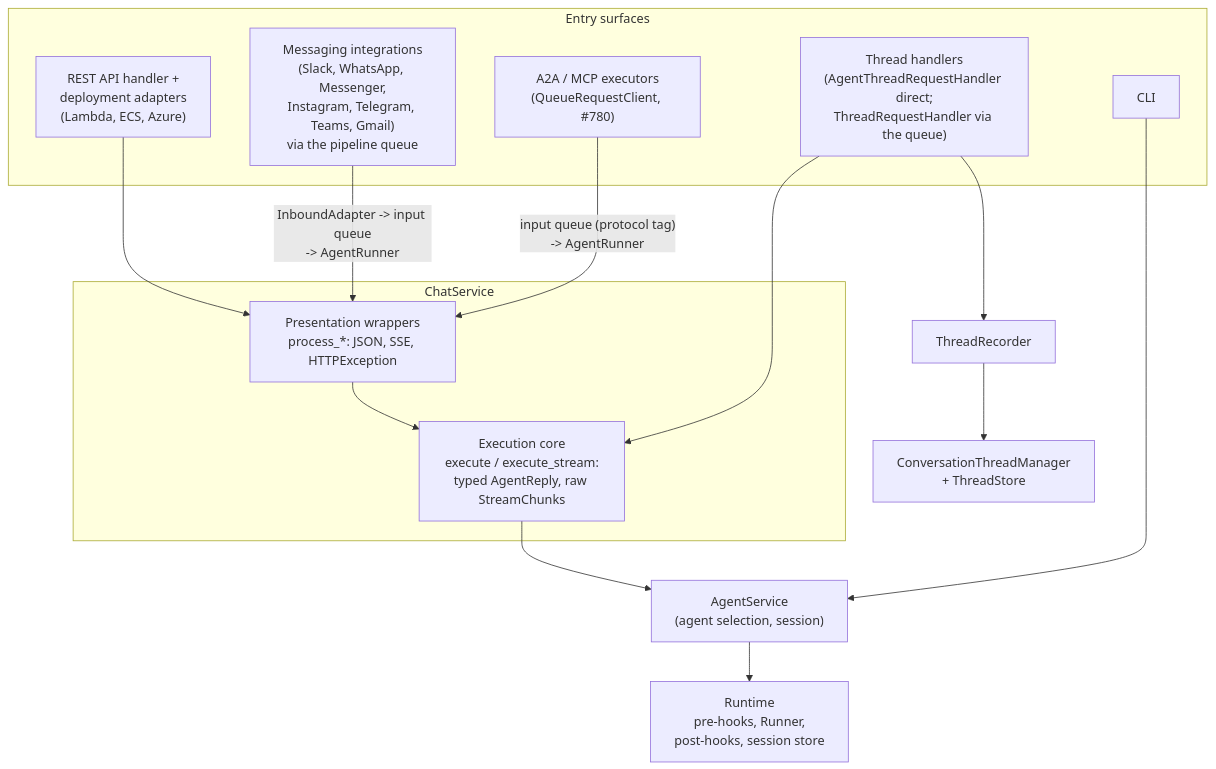
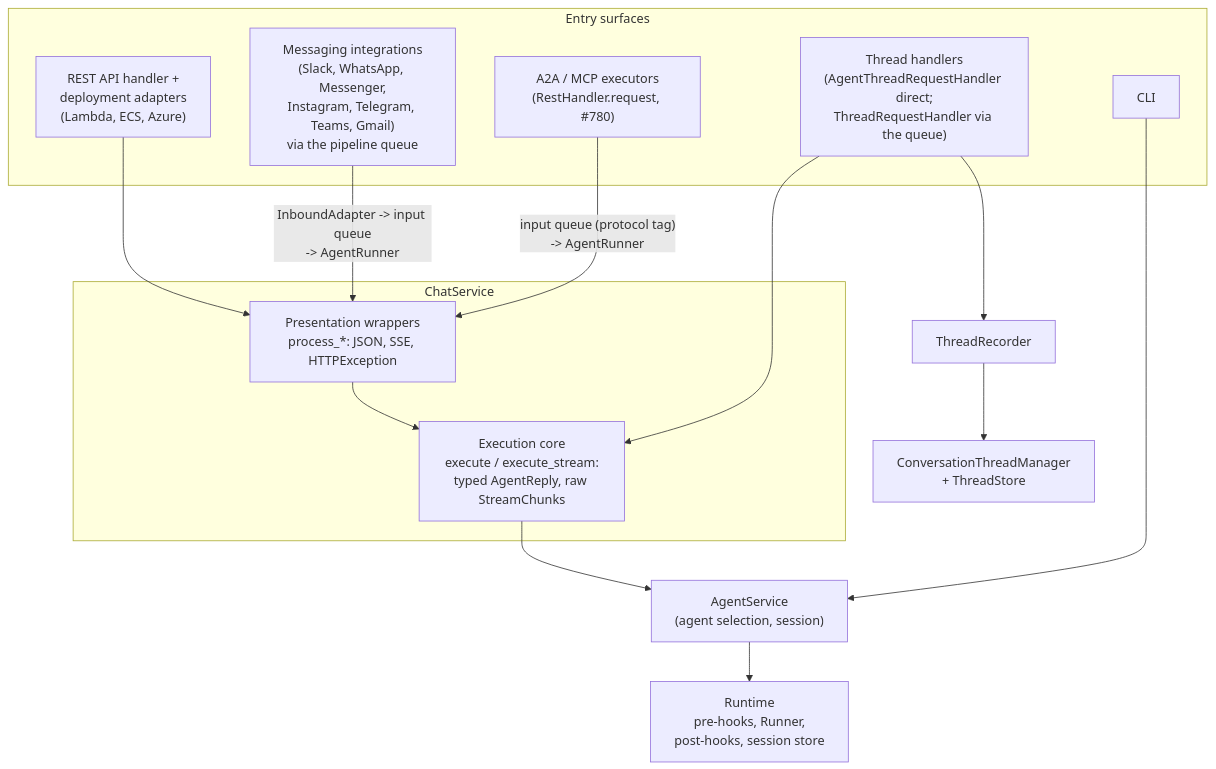
The diagram in .agents/skills/ak-dev-architecture/SKILL.md (yaalalabs/agent-kernel), drawn with Mermaid before and after one commit. The commit also changed other lines of this file and 19 other files, not shown here.

````diff
--- a/.agents/skills/ak-dev-architecture/SKILL.md
+++ b/.agents/skills/ak-dev-architecture/SKILL.md
@@ -207,29 +207,29 @@
 ```mermaid
 graph TD
     subgraph Entry["Entry surfaces"]
         REST["REST API handler +<br/>deployment adapters<br/>(Lambda, ECS, Azure)"]
         TH["Thread handlers<br/>(AgentThreadRequestHandler direct;<br/>ThreadRequestHandler via the queue)"]
         MSG["Messaging integrations<br/>(Slack, WhatsApp, Messenger,<br/>Instagram, Telegram, Teams, Gmail)<br/>via the pipeline queue"]
         CLI["CLI"]
-        PROTO["A2A / MCP executors<br/>(QueueRequestClient, #780)"]
+        PROTO["A2A / MCP executors<br/>(RestHandler.request, #780)"]
     end
 
     subgraph CS["ChatService"]
         PRES["Presentation wrappers<br/>process_*: JSON, SSE, HTTPException"]
         CORE["Execution core<br/>execute / execute_stream:<br/>typed AgentReply, raw StreamChunks"]
     end
 
     REC["ThreadRecorder"]
     CTM["ConversationThreadManager<br/>+ ThreadStore"]
     AS["AgentService<br/>(agent selection, session)"]
     RT["Runtime<br/>pre-hooks, Runner,<br/>post-hooks, session store"]
 
     REST --> PRES --> CORE
     TH --> REC --> CTM
     TH --> CORE
     MSG -->|"InboundAdapter -> input queue<br/>-> AgentRunner"| PRES
     PROTO -->|"input queue (protocol tag)<br/>-> AgentRunner"| PRES
     CORE --> AS
     CLI --> AS
     AS --> RT
 ```
````
